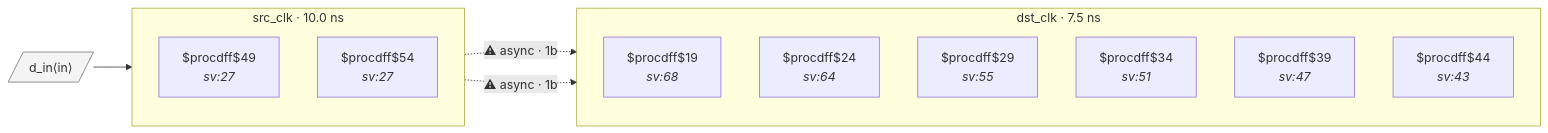
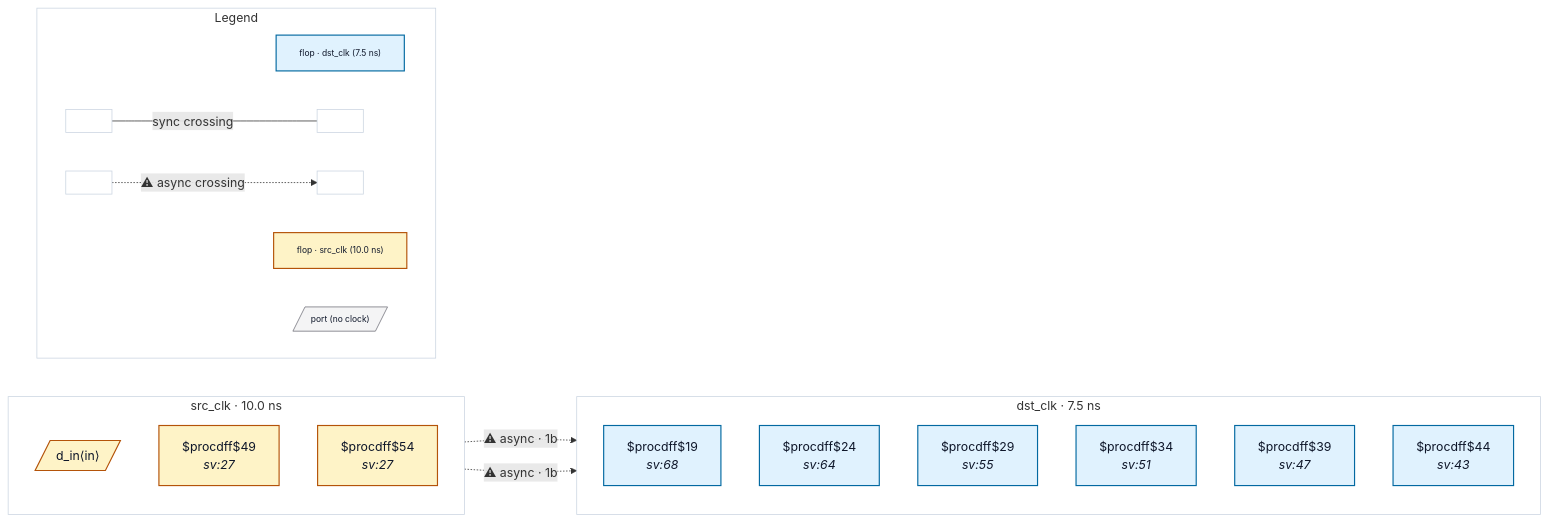
Before and after one commit to rtl-buddy/rtl-buddy-cdc: the diagram in tests/fixtures/good_disjoint_fanout_sync_chains/README.md, drawn with Mermaid. The commit also changed 71 other files, not shown here.

First line of the commit message:
Refresh fixture READMEs + render iterations (colors, legend, nested ports, clock-net edges)

````diff
--- a/tests/fixtures/good_disjoint_fanout_sync_chains/README.md
+++ b/tests/fixtures/good_disjoint_fanout_sync_chains/README.md
@@ -18,23 +18,47 @@
 ```mermaid
 %% good_disjoint_fanout_sync_chains — generated by rtl-buddy-cdc render
 flowchart LR
   subgraph clk_dst_clk["dst_clk · 7.5 ns"]
     direction TB
-    f_b79dc7b5["$procdff$19<br/><i>sv:68</i>"]
-    f_eaefd2ed["$procdff$24<br/><i>sv:64</i>"]
-    f_07deb853["$procdff$29<br/><i>sv:55</i>"]
-    f_ced1dcde["$procdff$34<br/><i>sv:51</i>"]
-    f_0de7e69b["$procdff$39<br/><i>sv:47</i>"]
-    f_8829bbf0["$procdff$44<br/><i>sv:43</i>"]
+    f_b79dc7b5["$procdff$19<br/><i>sv:68</i>"]:::ckcls_dst_clk
+    f_eaefd2ed["$procdff$24<br/><i>sv:64</i>"]:::ckcls_dst_clk
+    f_07deb853["$procdff$29<br/><i>sv:55</i>"]:::ckcls_dst_clk
+    f_ced1dcde["$procdff$34<br/><i>sv:51</i>"]:::ckcls_dst_clk
+    f_0de7e69b["$procdff$39<br/><i>sv:47</i>"]:::ckcls_dst_clk
+    f_8829bbf0["$procdff$44<br/><i>sv:43</i>"]:::ckcls_dst_clk
   end
   subgraph clk_src_clk["src_clk · 10.0 ns"]
     direction TB
-    f_04439607["$procdff$49<br/><i>sv:27</i>"]
-    f_717c5dcf["$procdff$54<br/><i>sv:27</i>"]
+    p_in_d_in[/"d_in⟨in⟩"/]:::ckcls_src_clk
+    f_04439607["$procdff$49<br/><i>sv:27</i>"]:::ckcls_src_clk
+    f_717c5dcf["$procdff$54<br/><i>sv:27</i>"]:::ckcls_src_clk
   end
-  p_in_d_in[/"d_in⟨in⟩"/]:::port
-  p_in_d_in --> f_04439607
   f_04439607 -. "⚠ async · 1b" .-> f_8829bbf0
   f_717c5dcf -. "⚠ async · 1b" .-> f_ced1dcde
-  classDef port fill:#f4f4f5,stroke:#71717a
+  subgraph rb_legend["Legend"]
+    direction LR
+    lg_clk_dst_clk["flop · dst_clk (7.5 ns)"]:::ckcls_dst_clk
+    lg_clk_src_clk["flop · src_clk (10.0 ns)"]:::ckcls_src_clk
+    lg_port[/"port (no clock)"/]:::port_unassigned
+    lg_sync_a[" "]:::ckcls_legend_neutral
+    lg_sync_b[" "]:::ckcls_legend_neutral
+    lg_async_a[" "]:::ckcls_legend_neutral
+    lg_async_b[" "]:::ckcls_legend_neutral
+    lg_sync_a --- |"sync crossing"| lg_sync_b
+    lg_async_a -. "⚠ async crossing" .-> lg_async_b
+  end
+  style clk_dst_clk fill:none,stroke:#cbd5e1
+  style clk_src_clk fill:none,stroke:#cbd5e1
+  style rb_legend fill:none,stroke:#cbd5e1
+  style lg_clk_dst_clk font-size:11px
+  style lg_clk_src_clk font-size:11px
+  style lg_port font-size:11px
+  style lg_sync_a font-size:11px
+  style lg_sync_b font-size:11px
+  style lg_async_a font-size:11px
+  style lg_async_b font-size:11px
+  classDef ckcls_dst_clk fill:#e0f2fe,stroke:#0369a1,stroke-width:1.5px,color:#0f172a
+  classDef ckcls_src_clk fill:#fef3c7,stroke:#b45309,stroke-width:1.5px,color:#0f172a
+  classDef port_unassigned fill:#f4f4f5,stroke:#71717a,color:#0f172a
+  classDef ckcls_legend_neutral fill:#ffffff,stroke:#cbd5e1,stroke-width:1px,color:#0f172a
 ```
````
